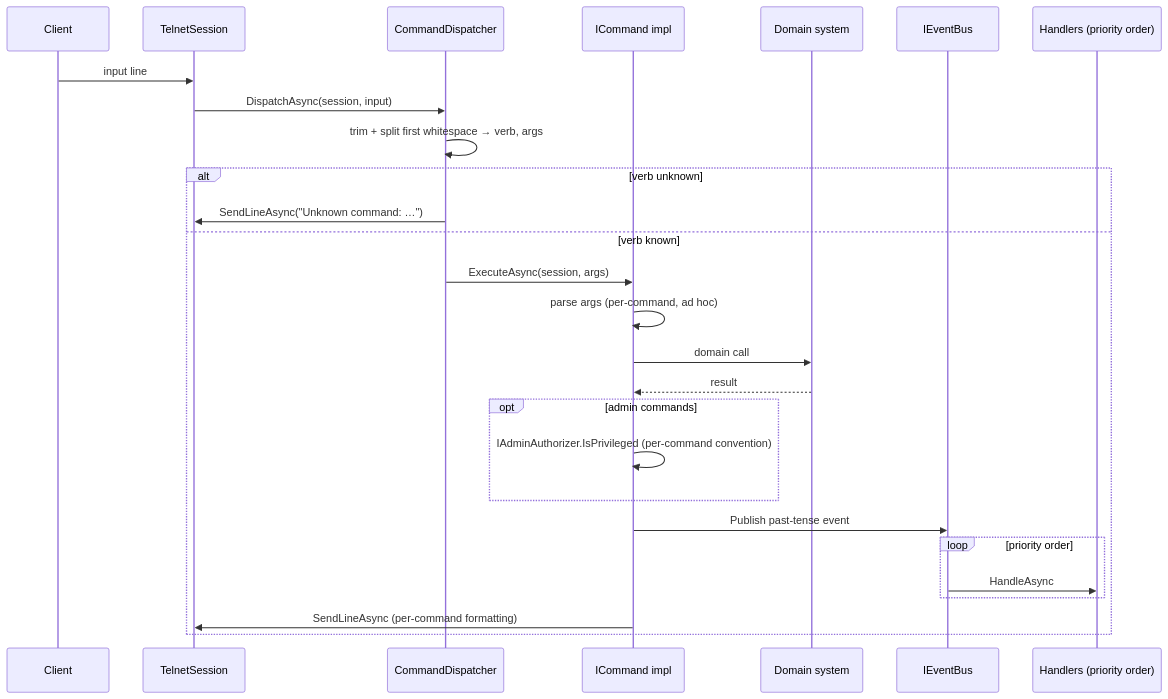
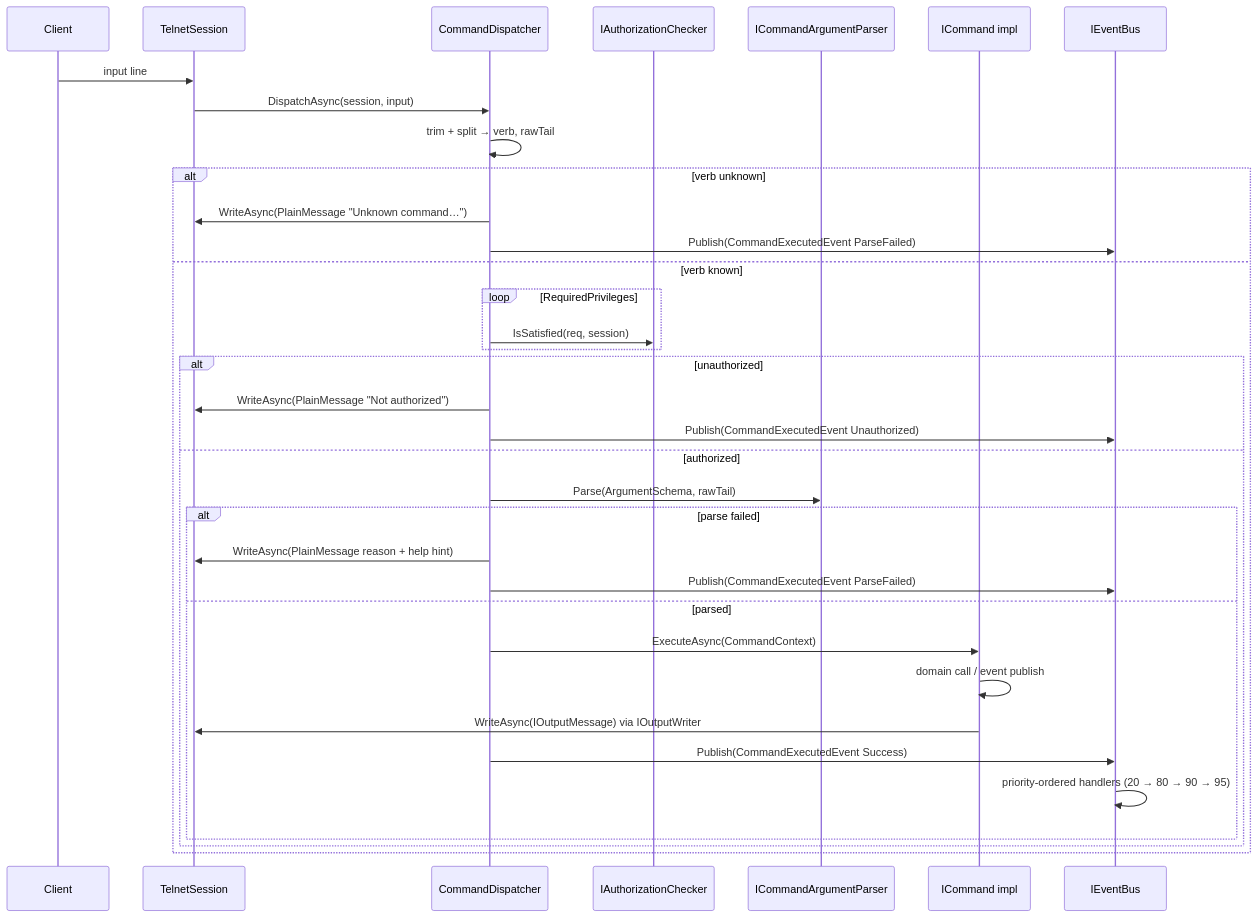
One commit to dmbyer/Hedron changed the third of 5 diagrams in docs/architecture/06-flows.md. Above: the diagram before and after it, drawn with Mermaid. The commit also changed other lines of this file and 49 other files, not shown here.

First line of the commit message:
Phase 3 slice 3: command framework (typed context, structural auth, declarative parsing, help) (#67)

````diff
--- a/docs/architecture/06-flows.md
+++ b/docs/architecture/06-flows.md
@@ -141,30 +139,38 @@
 ```mermaid
 sequenceDiagram
     participant Client
     participant Sess as TelnetSession
     participant CD as CommandDispatcher
+    participant Auth as IAuthorizationChecker
+    participant Parser as ICommandArgumentParser
     participant Cmd as ICommand impl
-    participant Sys as Domain system
     participant Bus as IEventBus
-    participant Hndlr as Handlers (priority order)
 
     Client->>Sess: input line
     Sess->>CD: DispatchAsync(session, input)
-    CD->>CD: trim + split first whitespace → verb, args
+    CD->>CD: trim + split → verb, rawTail
     alt verb unknown
-        CD->>Sess: SendLineAsync("Unknown command: …")
+        CD->>Sess: WriteAsync(PlainMessage "Unknown command…")
+        CD->>Bus: Publish(CommandExecutedEvent ParseFailed)
     else verb known
-        CD->>Cmd: ExecuteAsync(session, args)
-        Cmd->>Cmd: parse args (per-command, ad hoc)
-        Cmd->>Sys: domain call
-        Sys-->>Cmd: result
-        opt admin commands
-            Cmd->>Cmd: IAdminAuthorizer.IsPrivileged (per-command convention)
+        loop RequiredPrivileges
+            CD->>Auth: IsSatisfied(req, session)
         end
-        Cmd->>Bus: Publish past-tense event
-        loop priority order
-            Bus->>Hndlr: HandleAsync
+        alt unauthorized
+            CD->>Sess: WriteAsync(PlainMessage "Not authorized")
+            CD->>Bus: Publish(CommandExecutedEvent Unauthorized)
+        else authorized
+            CD->>Parser: Parse(ArgumentSchema, rawTail)
+            alt parse failed
+                CD->>Sess: WriteAsync(PlainMessage reason + help hint)
+                CD->>Bus: Publish(CommandExecutedEvent ParseFailed)
+            else parsed
+                CD->>Cmd: ExecuteAsync(CommandContext)
+                Cmd->>Cmd: domain call / event publish
+                Cmd->>Sess: WriteAsync(IOutputMessage) via IOutputWriter
+                CD->>Bus: Publish(CommandExecutedEvent Success)
+                Bus->>Bus: priority-ordered handlers (20 → 80 → 90 → 95)
+            end
         end
-        Cmd->>Sess: SendLineAsync (per-command formatting)
     end
 ```
````
